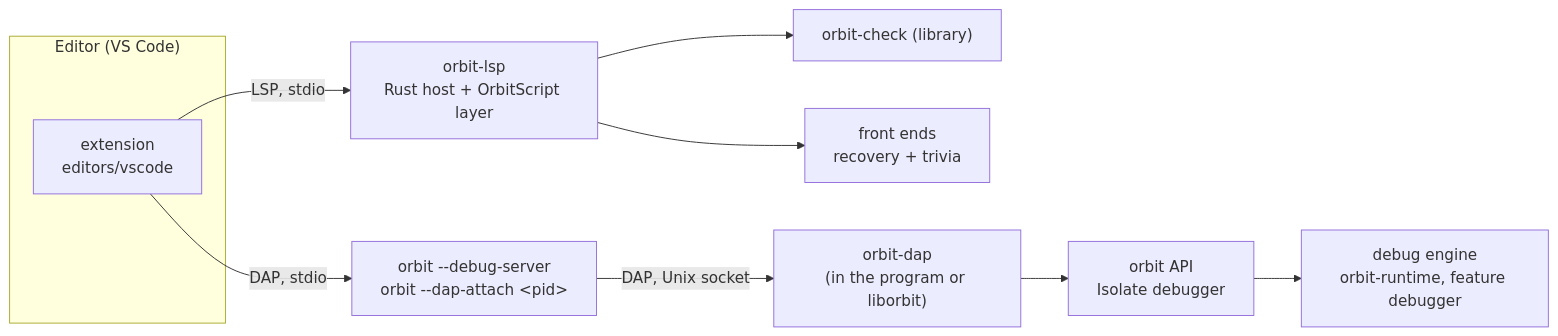
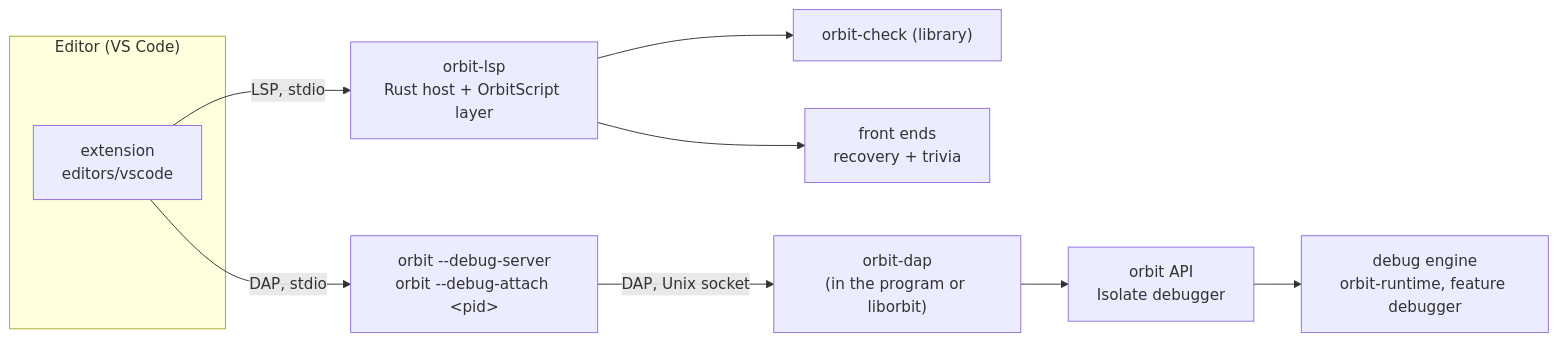
One commit to orbitscript-lang/OrbitScript changed the diagram in docs/adr/0012-developer-tooling.md. Above: the diagram before and after it, drawn with Mermaid. The commit also changed other lines of this file, not shown here.

First line of the commit message:
ADR-12: attach flags are --debug-listen and --debug-attach

````diff
--- a/docs/adr/0012-developer-tooling.md
+++ b/docs/adr/0012-developer-tooling.md
@@ -15,13 +15,13 @@
 ```mermaid
 flowchart LR
     subgraph editor["Editor (VS Code)"]
         ext["extension<br/>editors/vscode"]
     end
     ext -- "LSP, stdio" --> lsp["orbit-lsp<br/>Rust host + OrbitScript layer"]
     lsp --> check["orbit-check (library)"]
     lsp --> syn["front ends<br/>recovery + trivia"]
-    ext -- "DAP, stdio" --> cli["orbit --debug-server<br/>orbit --dap-attach &lt;pid&gt;"]
+    ext -- "DAP, stdio" --> cli["orbit --debug-server<br/>orbit --debug-attach &lt;pid&gt;"]
     cli -- "DAP, Unix socket" --> dap["orbit-dap<br/>(in the program or liborbit)"]
     dap --> api["orbit API<br/>Isolate debugger"]
     api --> eng["debug engine<br/>orbit-runtime, feature debugger"]
 ```
````
